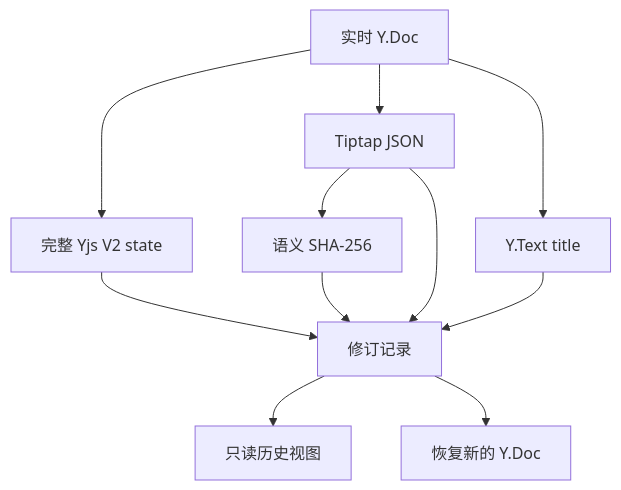
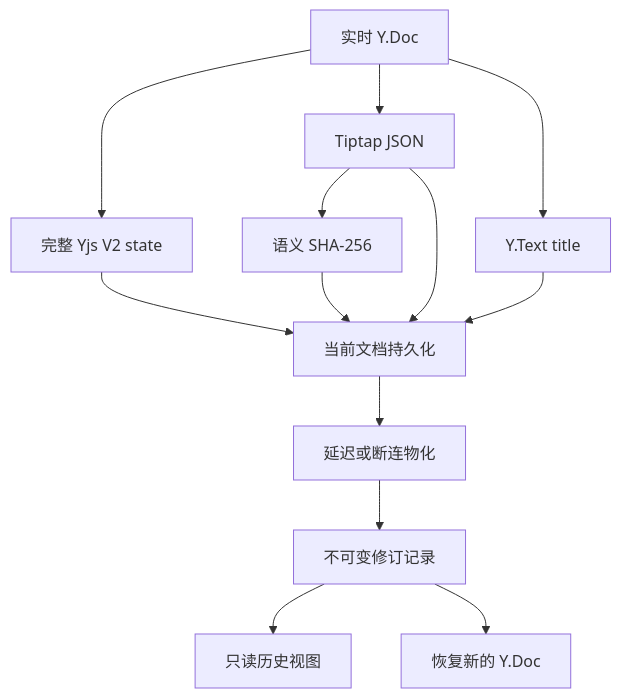
One commit to MoMeak9/tiptap-yjs-snapshot changed the first of 2 diagrams in docs/architecture.zh-CN.md. Above: the diagram before and after it, drawn with Mermaid. The commit also changed other lines of this file and 16 other files, not shown here.

````diff
--- a/docs/architecture.zh-CN.md
+++ b/docs/architecture.zh-CN.md
@@ -7,13 +7,15 @@
 ```mermaid
 flowchart TD
   L[实时 Y.Doc] --> V2[完整 Yjs V2 state]
   L --> JSON[Tiptap JSON]
   L --> TITLE[Y.Text title]
   JSON --> HASH[语义 SHA-256]
-  V2 --> ROW[修订记录]
-  JSON --> ROW
-  TITLE --> ROW
-  HASH --> ROW
+  V2 --> CURRENT[当前文档持久化]
+  JSON --> CURRENT
+  TITLE --> CURRENT
+  HASH --> CURRENT
+  CURRENT --> QUEUE[延迟或断连物化]
+  QUEUE --> ROW[不可变修订记录]
   ROW --> VIEW[只读历史视图]
   ROW --> RESTORE[恢复新的 Y.Doc]
 ```
````
